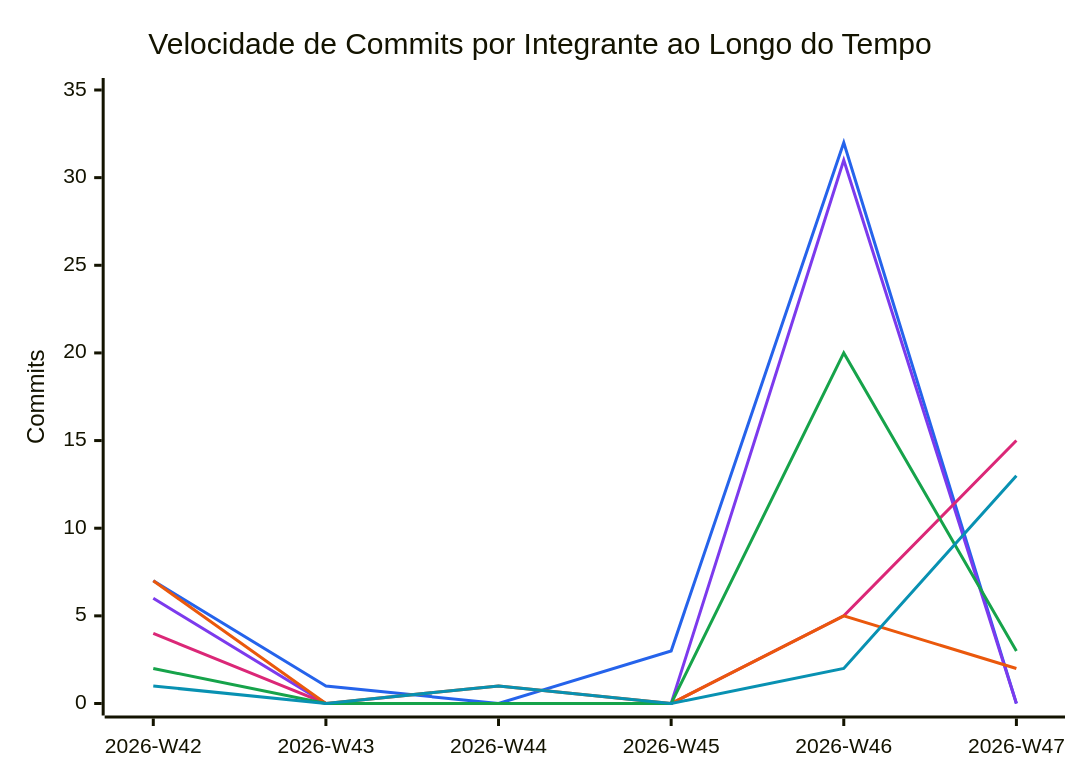
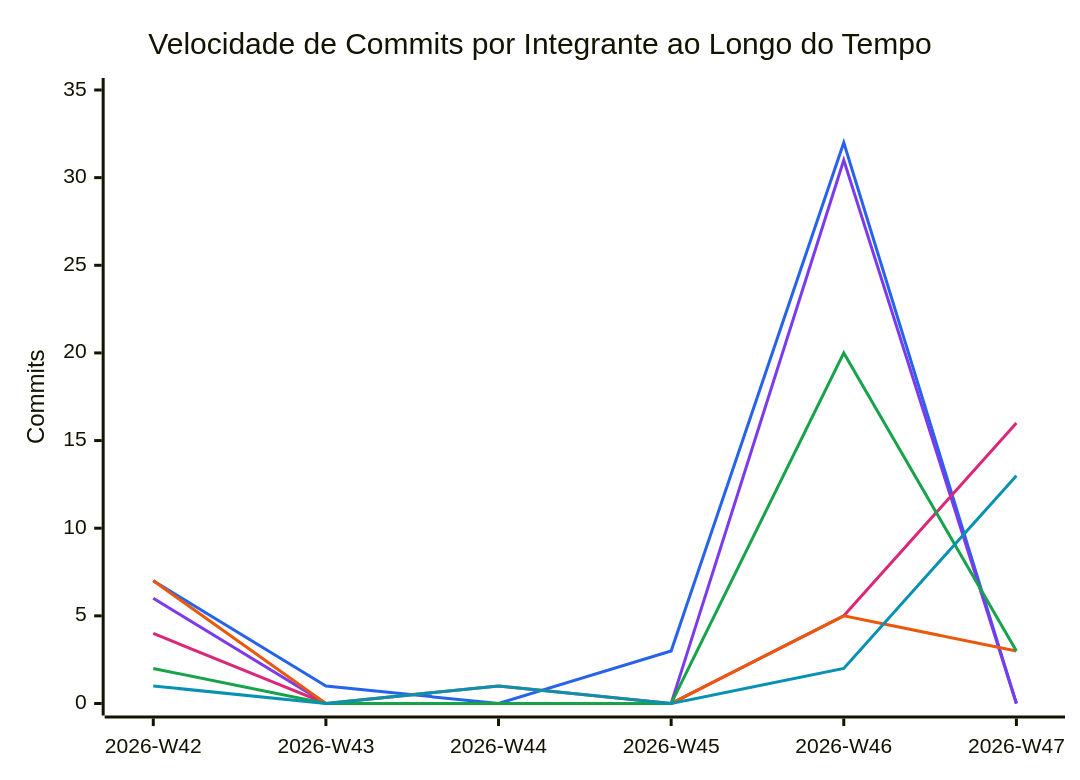
Before and after one commit to FCTE-Qualidade-de-Software-1/2026-2_T02_KAY_MCNULTY: the diagram in snippets/commit-velocity.mmd, drawn with Mermaid. The commit also changed 5 other files, not shown here.

```diff
--- a/snippets/commit-velocity.mmd
+++ b/snippets/commit-velocity.mmd
@@ -1,11 +1,11 @@
 %%{init: {"themeVariables": {"xyChart": {"plotColorPalette": "#2563eb, #7c3aed, #db2777, #ea580c, #16a34a, #0891b2"}}}}%%
 xychart-beta
     title "Velocidade de Commits por Integrante ao Longo do Tempo"
     x-axis ["2026-W42", "2026-W43", "2026-W44", "2026-W45", "2026-W46", "2026-W47"]
     y-axis "Commits" 0 --> 35
     line [7, 1, 0, 3, 32, 0]
     line [6, 0, 0, 0, 31, 0]
-    line [4, 0, 0, 0, 5, 15]
-    line [7, 0, 1, 0, 5, 2]
+    line [4, 0, 0, 0, 5, 16]
+    line [7, 0, 1, 0, 5, 3]
     line [2, 0, 0, 0, 20, 3]
     line [1, 0, 1, 0, 2, 13]
```
